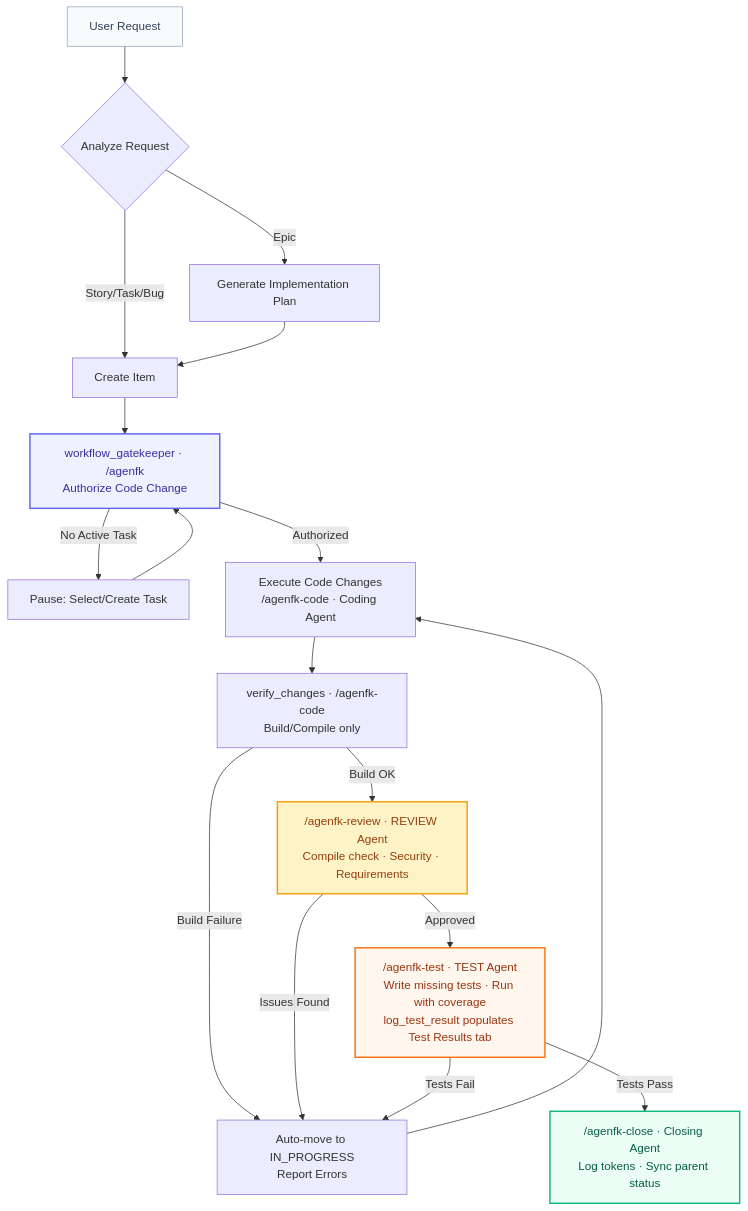
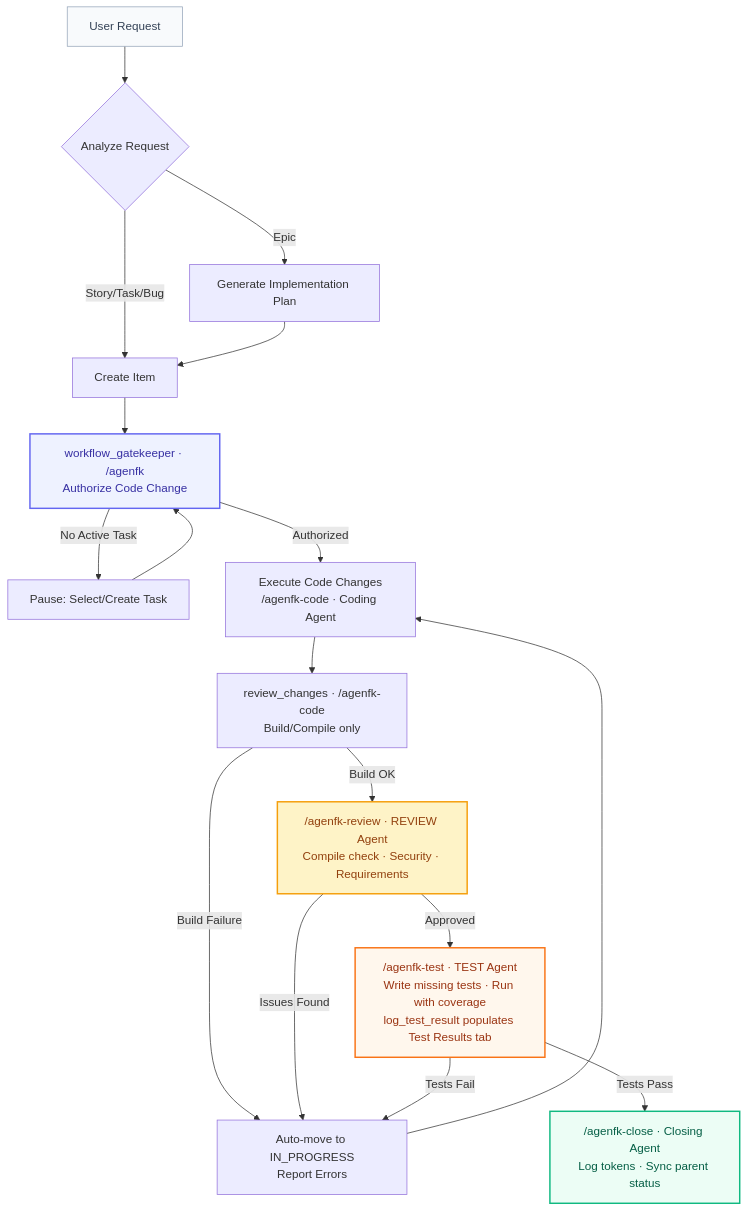
One commit to cglab-public/agenfk changed the diagram in README.md. Above: the diagram before and after it, drawn with Mermaid. The commit also changed other lines of this file and 7 other files, not shown here.

````diff
--- a/README.md
+++ b/README.md
@@ -91,25 +104,25 @@
 ```mermaid
 graph TD
     A[User Request] --> B{Analyze Request}
     B -->|Epic| C[Generate Implementation Plan]
     B -->|Story/Task/Bug| D[Create Item]
     C --> D
     D --> E["workflow_gatekeeper · /agenfk<br/>Authorize Code Change"]
     E -->|No Active Task| F[Pause: Select/Create Task]
     F --> E
     E -->|Authorized| G["Execute Code Changes<br/>/agenfk-code · Coding Agent"]
-    G --> H["verify_changes · /agenfk-code<br/>Build/Compile only"]
+    G --> H["review_changes · /agenfk-code<br/>Build/Compile only"]
     H -->|Build Failure| I[Auto-move to IN_PROGRESS<br/>Report Errors]
     I --> G
     H -->|Build OK| J["/agenfk-review · REVIEW Agent<br/>Compile check · Security · Requirements"]
     J -->|Issues Found| I
     J -->|Approved| K["/agenfk-test · TEST Agent<br/>Write missing tests · Run with coverage<br/>log_test_result populates Test Results tab"]
     K -->|Tests Fail| I
     K -->|Tests Pass| L["/agenfk-close · Closing Agent<br/>Log tokens · Sync parent status"]
 
     style A fill:#f8fafc,stroke:#94a3b8,color:#334155
     style E fill:#eef2ff,stroke:#6366f1,stroke-width:2px,color:#3730a3
     style J fill:#fef3c7,stroke:#f59e0b,stroke-width:2px,color:#92400e
     style K fill:#fff7ed,stroke:#f97316,stroke-width:2px,color:#9a3412
     style L fill:#ecfdf5,stroke:#10b981,stroke-width:2px,color:#065f46
 ```
````
